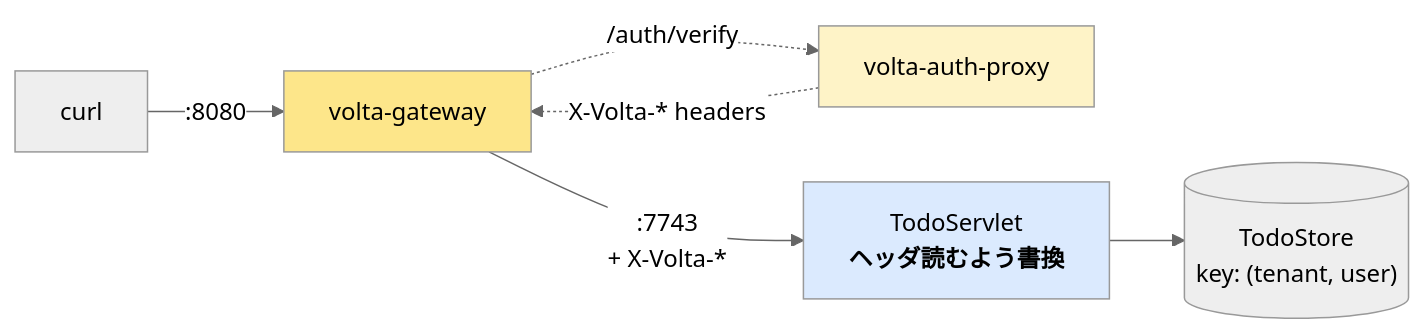
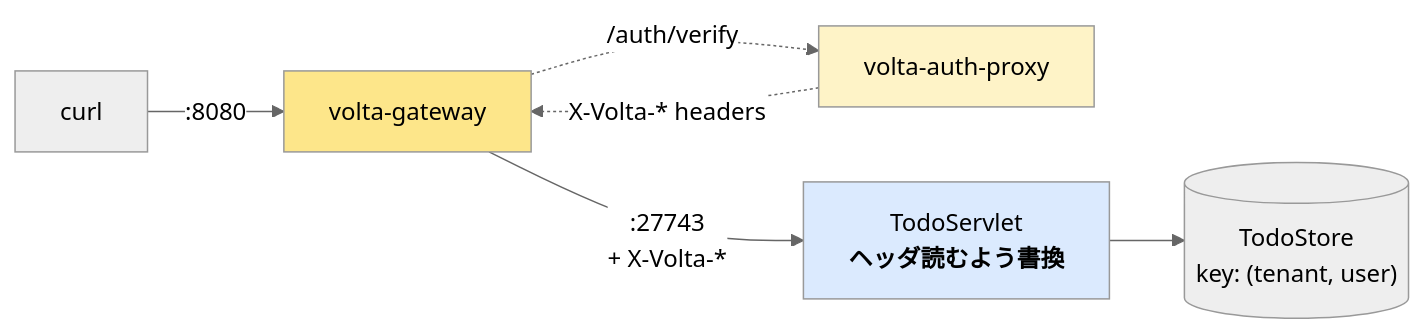
The second of 2 diagrams in 00-現状確認.md (opaopa6969/auth-integration), drawn with Mermaid (neutral theme) before and after one commit. The commit also changed other lines of this file and 23 other files, not shown here.

````diff
--- a/00-現状確認.md
+++ b/00-現状確認.md
@@ -44,11 +44,11 @@
 ```mermaid
 flowchart LR
     C[curl] -->|":8080"| GW[volta-gateway]
     GW -.->|"/auth/verify"| AP[volta-auth-proxy]
     AP -.->|"X-Volta-* headers"| GW
-    GW -->|":7743<br/>+ X-Volta-*"| S[TodoServlet<br/><b>ヘッダ読むよう書換</b>]
+    GW -->|":27743<br/>+ X-Volta-*"| S[TodoServlet<br/><b>ヘッダ読むよう書換</b>]
     S --> ST[("TodoStore<br/>key: (tenant, user)")]
     style GW fill:#fde68a
     style AP fill:#fef3c7
     style S fill:#dbeafe
 ```
````
